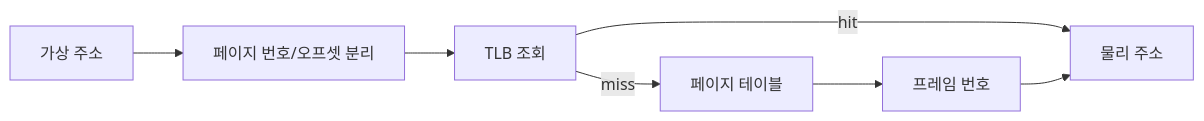
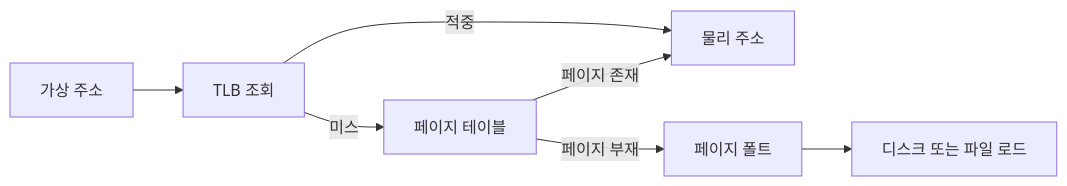
The diagram in docs/cs/os/2026-07-14-paging-and-segmentation.md (chicken8282/CS_TIL), drawn with Mermaid before and after one commit. The commit also changed other lines of this file and 8 other files, not shown here.

````diff
--- a/docs/cs/os/2026-07-14-paging-and-segmentation.md
+++ b/docs/cs/os/2026-07-14-paging-and-segmentation.md
@@ -20,9 +17,9 @@
 ```mermaid
 flowchart LR
-A[가상 주소] --> B[페이지 번호/오프셋 분리]
-B --> C[TLB 조회]
-C -->|hit| G[물리 주소]
-C -->|miss| D[페이지 테이블]
-D --> E[프레임 번호]
-E --> G
+    A["가상 주소"] --> B["TLB 조회"]
+    B -->|적중| C["물리 주소"]
+    B -->|미스| D["페이지 테이블"]
+    D -->|페이지 존재| C
+    D -->|페이지 부재| E["페이지 폴트"]
+    E --> F["디스크 또는 파일 로드"]
 ```
````
